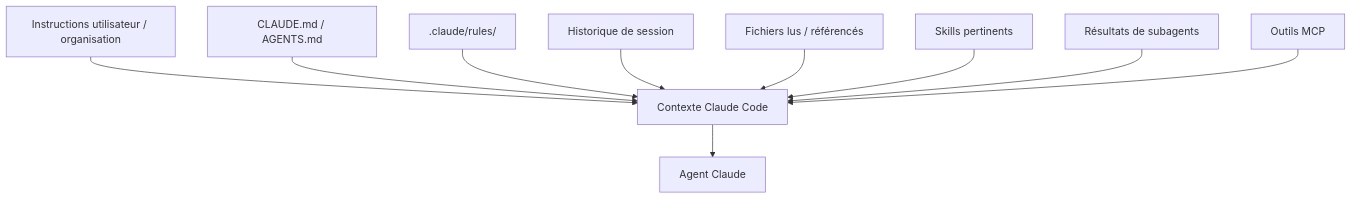
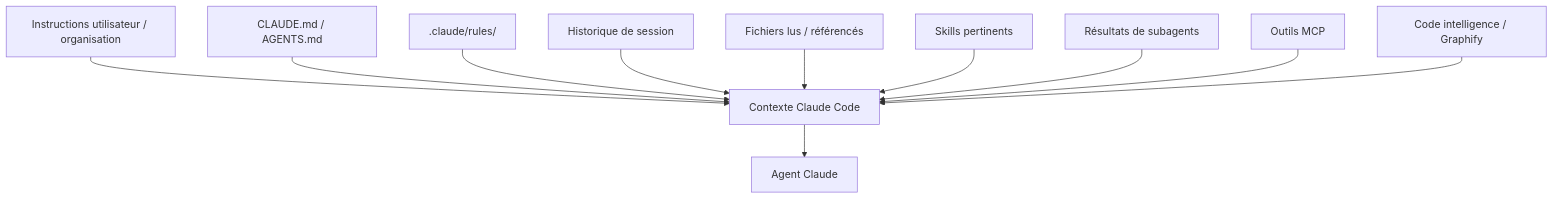
One commit to FTurleque/doc-utilisation-ia changed the diagram in docs/chapitre-4-contexte/index.md. Above: the diagram before and after it, drawn with Mermaid. The commit also changed other lines of this file, not shown here.

Commit message:
docs(context): integrate Graphify in context chapter

````diff
--- a/docs/chapitre-4-contexte/index.md
+++ b/docs/chapitre-4-contexte/index.md
@@ -11,12 +11,13 @@
 ```mermaid
 graph TD
     U["Instructions utilisateur / organisation"] --> C["Contexte Claude Code"]
     P["CLAUDE.md / AGENTS.md"] --> C
     R[".claude/rules/"] --> C
     H["Historique de session"] --> C
     F["Fichiers lus / référencés"] --> C
     S["Skills pertinents"] --> C
     A["Résultats de subagents"] --> C
     M["Outils MCP"] --> C
+    G["Code intelligence / Graphify"] --> C
     C --> L["Agent Claude"]
 ```
````
